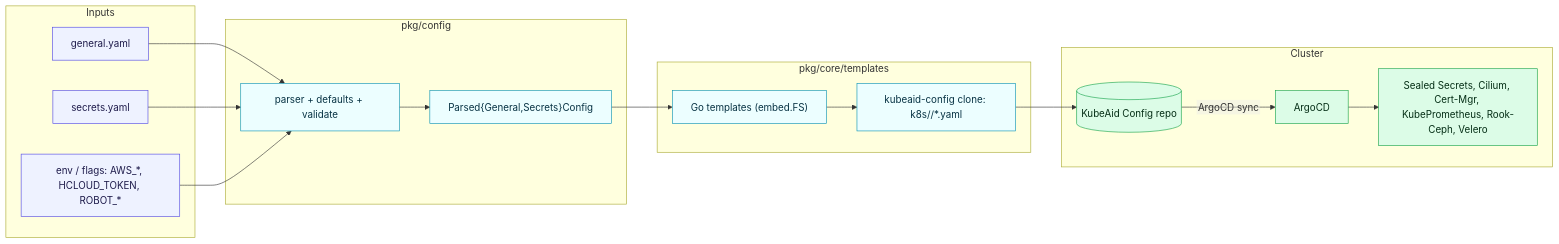
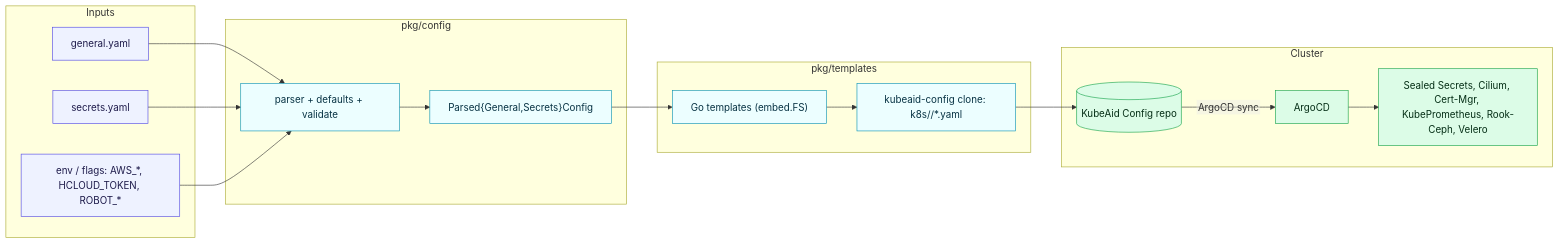
The third of 11 diagrams in docs/architecture.md (Obmondo/kubeaid-cli), drawn with Mermaid before and after one commit. The commit also changed other lines of this file and 209 other files, not shown here.

````diff
--- a/docs/architecture.md
+++ b/docs/architecture.md
@@ -142,42 +142,42 @@
 ```mermaid
 %%{init: {'flowchart': {'htmlLabels': false}}}%%
 flowchart LR
   subgraph IN["Inputs"]
     gy["general.yaml"]
     sy["secrets.yaml"]
     env["env / flags: AWS_*, HCLOUD_TOKEN, ROBOT_*"]
   end
 
   subgraph PARSE["pkg/config"]
     parser["parser + defaults + validate"]
     psg["Parsed{General,Secrets}Config"]
   end
 
-  subgraph RENDER["pkg/core/templates"]
+  subgraph RENDER["pkg/templates"]
     tpl["Go templates (embed.FS)"]
     out["kubeaid-config clone: k8s/<cluster>/*.yaml"]
   end
 
   subgraph DEPLOY["Cluster"]
     repo[("KubeAid Config repo")]
     argo["ArgoCD"]
     addons["Sealed Secrets, Cilium, Cert-Mgr, KubePrometheus, Rook-Ceph, Velero"]
   end
 
   gy --> parser
   sy --> parser
   env --> parser
   parser --> psg
   psg --> tpl
   tpl --> out
   out --> repo
   repo -- "ArgoCD sync" --> argo
   argo --> addons
 
   classDef in fill:#eef2ff,stroke:#4f46e5,color:#1e1b4b;
   classDef mid fill:#ecfeff,stroke:#0891b2,color:#083344;
   classDef out fill:#dcfce7,stroke:#16a34a,color:#052e16;
   class gy,sy,env in;
   class parser,psg,tpl,out mid;
   class repo,argo,addons out;
 ```
````
